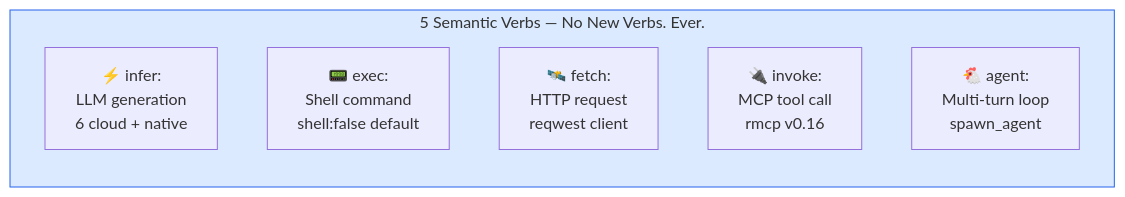
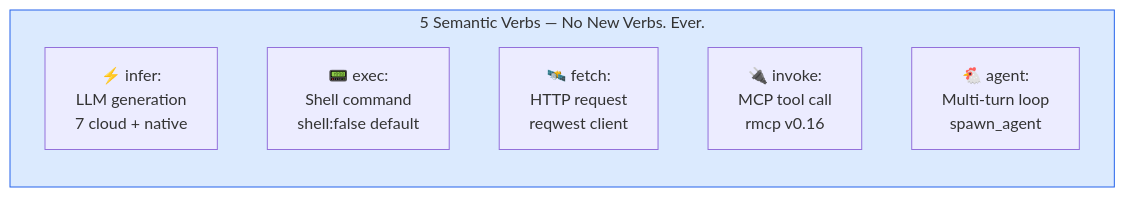
One commit to supernovae-st/nika changed the third of 14 diagrams in tools/nika/docs/brainstorm/nika-evolution/06-research-synthesis-report.md. Above: the diagram before and after it, drawn with Mermaid. The commit also changed other lines of this file and 35 other files, not shown here.

````diff
--- a/tools/nika/docs/brainstorm/nika-evolution/06-research-synthesis-report.md
+++ b/tools/nika/docs/brainstorm/nika-evolution/06-research-synthesis-report.md
@@ -123,13 +123,13 @@
 ```mermaid
 flowchart LR
     subgraph VERBS["5 Semantic Verbs — No New Verbs. Ever."]
         direction TB
-        V1["⚡ infer:\nLLM generation\n6 cloud + native"]
+        V1["⚡ infer:\nLLM generation\n7 cloud + native"]
         V2["📟 exec:\nShell command\nshell:false default"]
         V3["🛰️ fetch:\nHTTP request\nreqwest client"]
         V4["🔌 invoke:\nMCP tool call\nrmcp v0.16"]
         V5["🐔 agent:\nMulti-turn loop\nspawn_agent"]
     end
 
     style VERBS fill:#dbeafe,stroke:#2563eb
 ```
````
